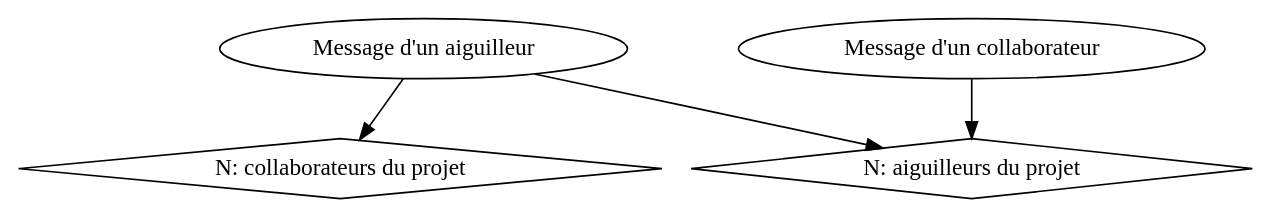
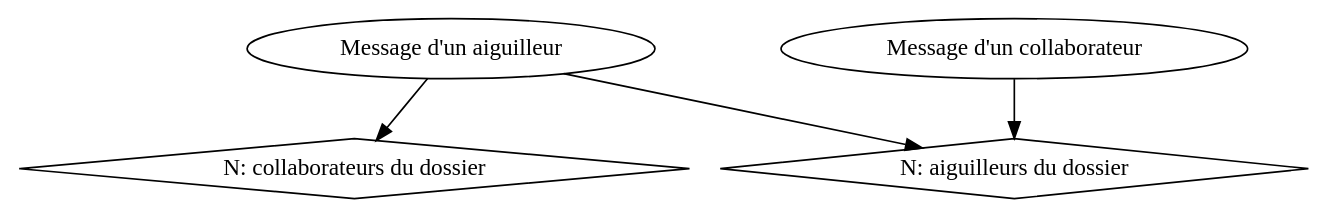
One commit to betagouv/recommandations-collaboratives changed the third of 6 diagrams in docs/workflows.rst. Above: the diagram before and after it, drawn with Graphviz. The commit also changed other lines of this file and 11 other files, not shown here.

Commit message:
[fix] update terminology from "projet" to "dossier" in SQL, documentation, and templates

```diff
--- a/docs/workflows.rst
+++ b/docs/workflows.rst
@@ -46,13 +46,13 @@
 .. graphviz::
 
    digraph foo {
-      "N: collaborateurs du projet"[shape="diamond"];
-      "N: aiguilleurs du projet"[shape="diamond"];
+      "N: collaborateurs du dossier"[shape="diamond"];
+      "N: aiguilleurs du dossier"[shape="diamond"];
 
-      "Message d'un aiguilleur" -> "N: collaborateurs du projet";
-      "Message d'un aiguilleur" -> "N: aiguilleurs du projet";
+      "Message d'un aiguilleur" -> "N: collaborateurs du dossier";
+      "Message d'un aiguilleur" -> "N: aiguilleurs du dossier";
 
-      "Message d'un collaborateur" -> "N: aiguilleurs du projet";
+      "Message d'un collaborateur" -> "N: aiguilleurs du dossier";
 
 
    }
```
